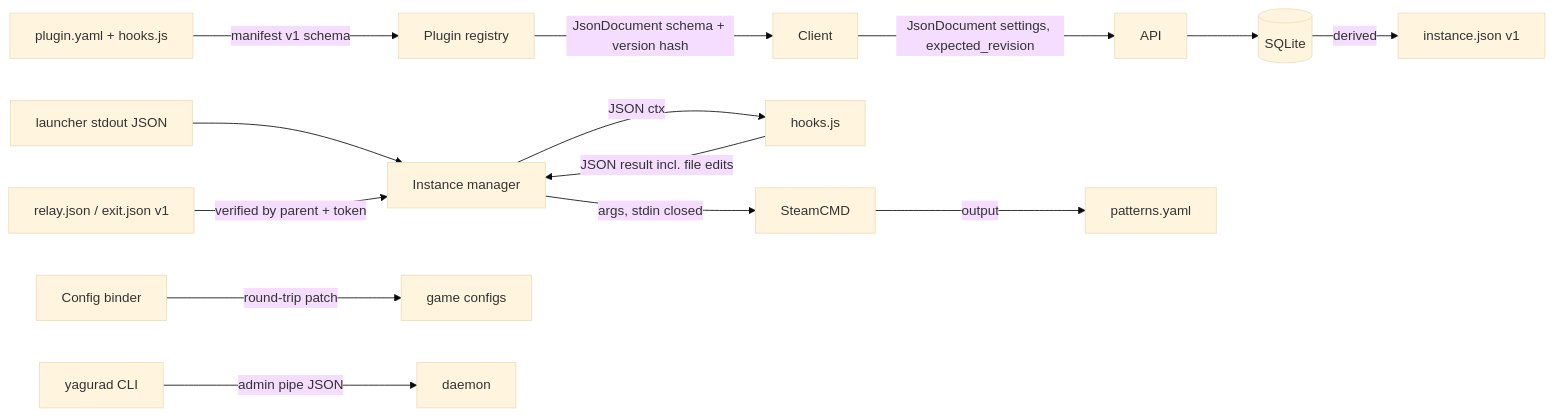
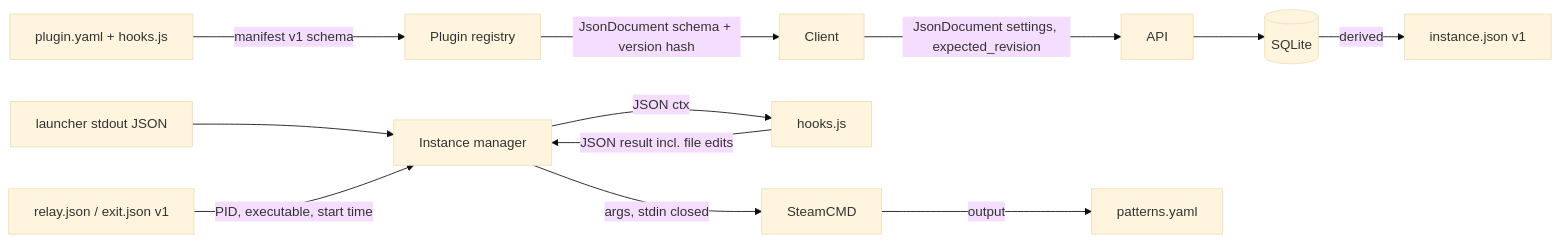
Before and after one commit to sh1ny/yagura: the third of 3 diagrams in openspec/changes/init-core-platform/design.md, drawn with Mermaid (base theme). The commit also changed other lines of this file and 14 other files, not shown here.

````diff
--- a/openspec/changes/init-core-platform/design.md
+++ b/openspec/changes/init-core-platform/design.md
@@ -245,15 +208,13 @@
 ```mermaid
 flowchart LR
   PY[plugin.yaml + hooks.js] -->|manifest v1 schema| REG[Plugin registry]
   REG -->|JsonDocument schema + version hash| CL[Client]
   CL -->|JsonDocument settings, expected_revision| API[API]
   API --> DB[(SQLite)]
   DB -->|derived| IJ[instance.json v1]
   IM[Instance manager] -->|JSON ctx| HK[hooks.js]
   HK -->|JSON result incl. file edits| IM
   IM -->|args, stdin closed| SC[SteamCMD] -->|output| PT[patterns.yaml]
   LCH[launcher stdout JSON] --> IM
-  RL[relay.json / exit.json v1] -->|verified by parent + token| IM
-  CB[Config binder] -->|round-trip patch| CF[game configs]
-  ADM[yagurad CLI] -->|admin pipe JSON| D[daemon]
+  RL[relay.json / exit.json v1] -->|PID, executable, start time| IM
 ```
````
